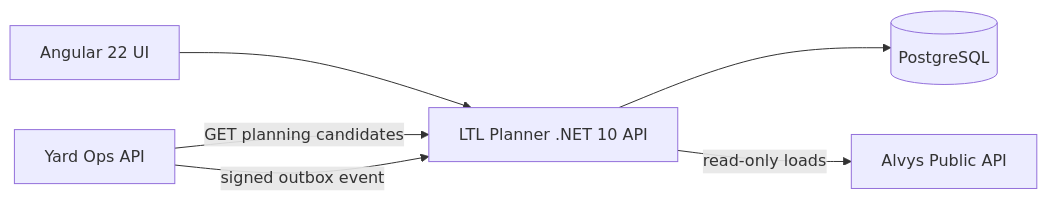
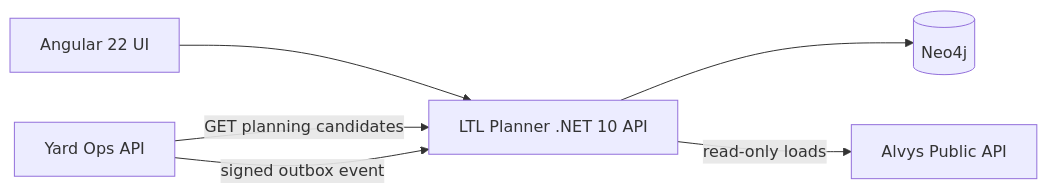
Before and after one commit to poker-kid-100717/ltl-planner: the diagram in docs/architecture.md, drawn with Mermaid. The commit also changed other lines of this file and 22 other files, not shown here.

First line of the commit message:
feat: store planning data as a graph in Neo4j

````diff
--- a/docs/architecture.md
+++ b/docs/architecture.md
@@ -3,8 +3,8 @@
 ```mermaid
 flowchart LR
   WEB[Angular 22 UI] --> API[LTL Planner .NET 10 API]
-  API --> DB[(PostgreSQL)]
+  API --> DB[(Neo4j)]
   API -->|read-only loads| ALVYS[Alvys Public API]
   YARD[Yard Ops API] -->|GET planning candidates| API
   YARD -->|signed outbox event| API
 ```
````
